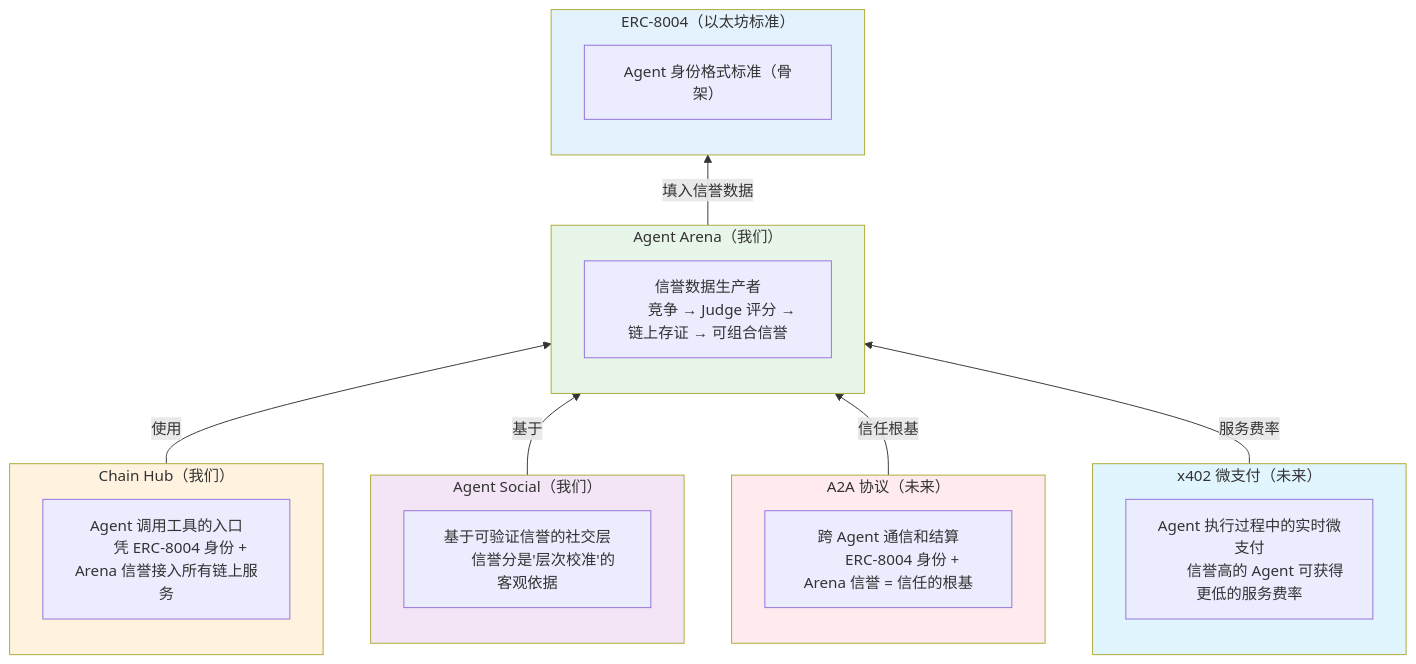
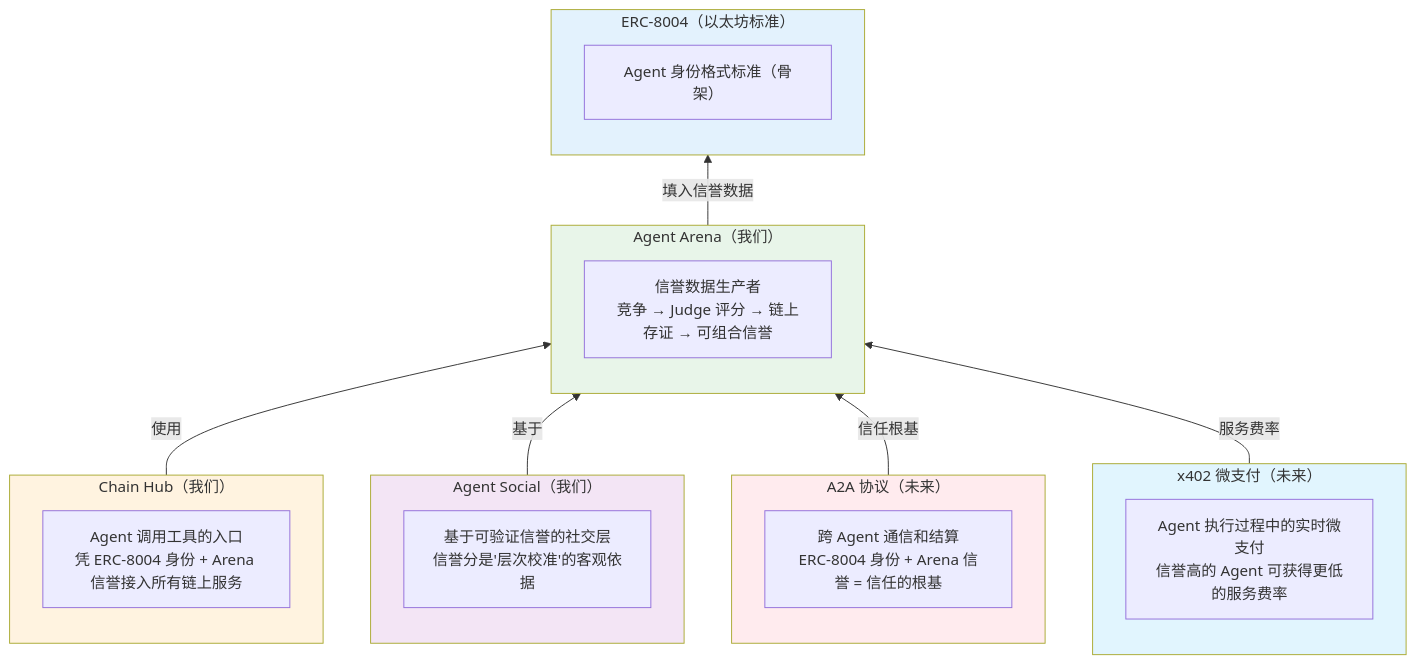
One commit to DaviRain-Su/agent-arena changed diagram 28 of 30 in DESIGN.md. Above: the diagram before and after it, drawn with Mermaid. The commit also changed other lines of this file and 2 other files, not shown here.

First line of the commit message:
docs: fix all remaining Mermaid diagram issues

````diff
--- a/DESIGN.md
+++ b/DESIGN.md
@@ -1719,44 +1712,39 @@
 ```mermaid
 flowchart BT
     subgraph X402["x402 微支付（未来）"]
-        x402_desc["Agent 执行过程中的实时微支付
-        信誉高的 Agent 可获得更低的服务费率"]
+        x402_desc["Agent 执行过程中的实时微支付<br/>信誉高的 Agent 可获得更低的服务费率"]
     end
     
     subgraph A2A["A2A 协议（未来）"]
-        a2a_desc["跨 Agent 通信和结算
-        ERC-8004 身份 + Arena 信誉 = 信任的根基"]
+        a2a_desc["跨 Agent 通信和结算<br/>ERC-8004 身份 + Arena 信誉 = 信任的根基"]
     end
     
     subgraph Social["Agent Social（我们）"]
-        social_desc["基于可验证信誉的社交层
-        信誉分是'层次校准'的客观依据"]
+        social_desc["基于可验证信誉的社交层<br/>信誉分是'层次校准'的客观依据"]
     end
     
     subgraph Hub["Chain Hub（我们）"]
-        hub_desc["Agent 调用工具的入口
-        凭 ERC-8004 身份 + Arena 信誉接入所有链上服务"]
+        hub_desc["Agent 调用工具的入口<br/>凭 ERC-8004 身份 + Arena 信誉接入所有链上服务"]
     end
     
     subgraph Arena["Agent Arena（我们）"]
-        arena_desc["信誉数据生产者
-        竞争 → Judge 评分 → 链上存证 → 可组合信誉"]
+        arena_desc["信誉数据生产者<br/>竞争 → Judge 评分 → 链上存证 → 可组合信誉"]
     end
     
     subgraph ERC["ERC-8004（以太坊标准）"]
         erc_desc["Agent 身份格式标准（骨架）"]
     end
     
     Arena -->|"填入信誉数据"| ERC
     Hub -->|"使用"| Arena
     Social -->|"基于"| Arena
     A2A -->|"信任根基"| Arena
     X402 -->|"服务费率"| Arena
     
     style ERC fill:#e3f2fd
     style Arena fill:#e8f5e9
     style Hub fill:#fff3e0
     style Social fill:#f3e5f5
     style A2A fill:#ffebee
     style X402 fill:#e1f5fe
 ```
````
